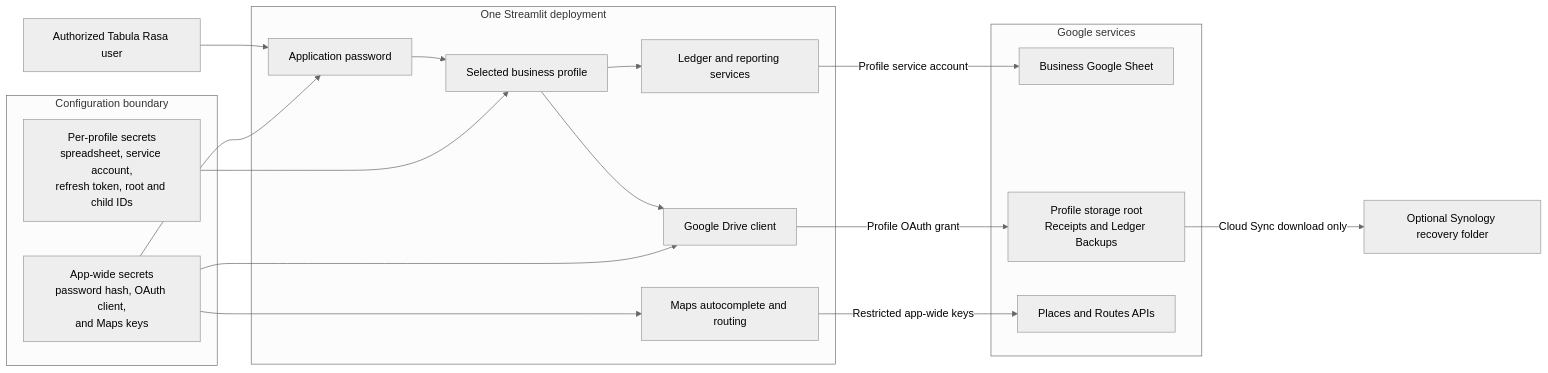
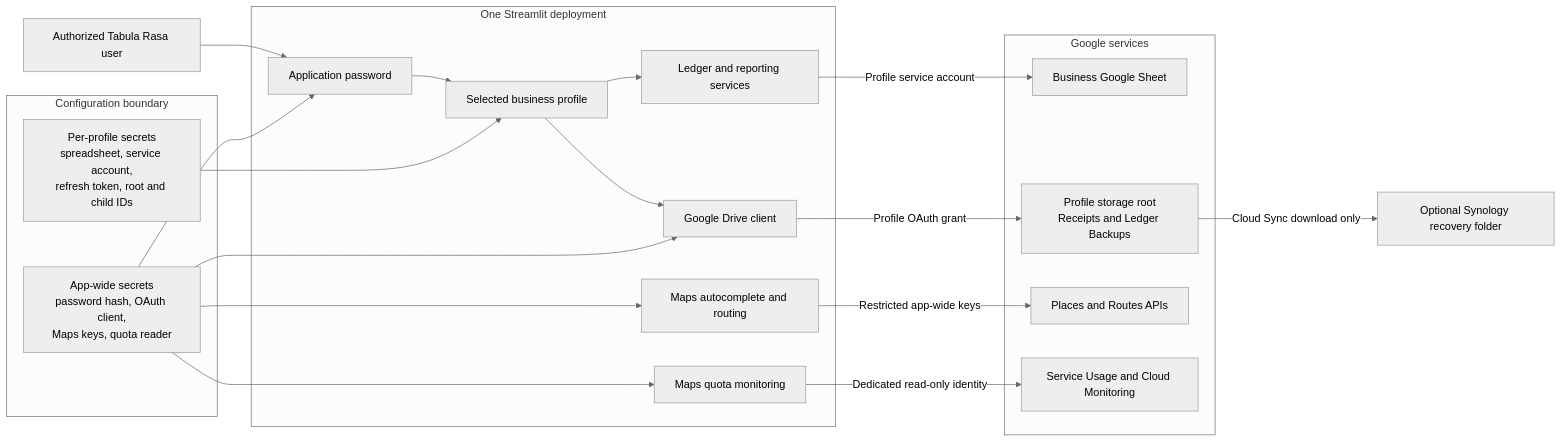
One commit to Roklion/Project_Tabula_Rasa changed the first of 3 diagrams in docs/ARCHITECTURE.md. Above: the diagram before and after it, drawn with Mermaid (neutral theme). The commit also changed other lines of this file and 7 other files, not shown here.

First line of the commit message:
Add Google Maps quota health monitoring

````diff
--- a/docs/ARCHITECTURE.md
+++ b/docs/ARCHITECTURE.md
@@ -12,38 +13,42 @@
 ```mermaid
 flowchart LR
     User["Authorized Tabula Rasa user"]
 
     subgraph App["One Streamlit deployment"]
         Auth["Application password"]
         Profile["Selected business profile"]
         Ledger["Ledger and reporting services"]
         DriveClient["Google Drive client"]
         MapsClient["Maps autocomplete and routing"]
+        QuotaClient["Maps quota monitoring"]
     end
 
     subgraph Config["Configuration boundary"]
-        AppSecrets["App-wide secrets<br/>password hash, OAuth client,<br/>and Maps keys"]
+        AppSecrets["App-wide secrets<br/>password hash, OAuth client,<br/>Maps keys, quota reader"]
         ProfileSecrets["Per-profile secrets<br/>spreadsheet, service account,<br/>refresh token, root and child IDs"]
     end
 
     subgraph Google["Google services"]
         Sheets["Business Google Sheet"]
         Drive["Profile storage root<br/>Receipts and Ledger Backups"]
         Maps["Places and Routes APIs"]
+        Usage["Service Usage and Cloud Monitoring"]
     end
 
     NAS["Optional Synology recovery folder"]
 
     User --> Auth
     Auth --> Profile
     Profile --> Ledger
     Profile --> DriveClient
     AppSecrets --> Auth
     AppSecrets --> DriveClient
     AppSecrets --> MapsClient
+    AppSecrets --> QuotaClient
     ProfileSecrets --> Profile
     Ledger -->|"Profile service account"| Sheets
     DriveClient -->|"Profile OAuth grant"| Drive
     MapsClient -->|"Restricted app-wide keys"| Maps
+    QuotaClient -->|"Dedicated read-only identity"| Usage
     Drive -->|"Cloud Sync download only"| NAS
 ```
````
